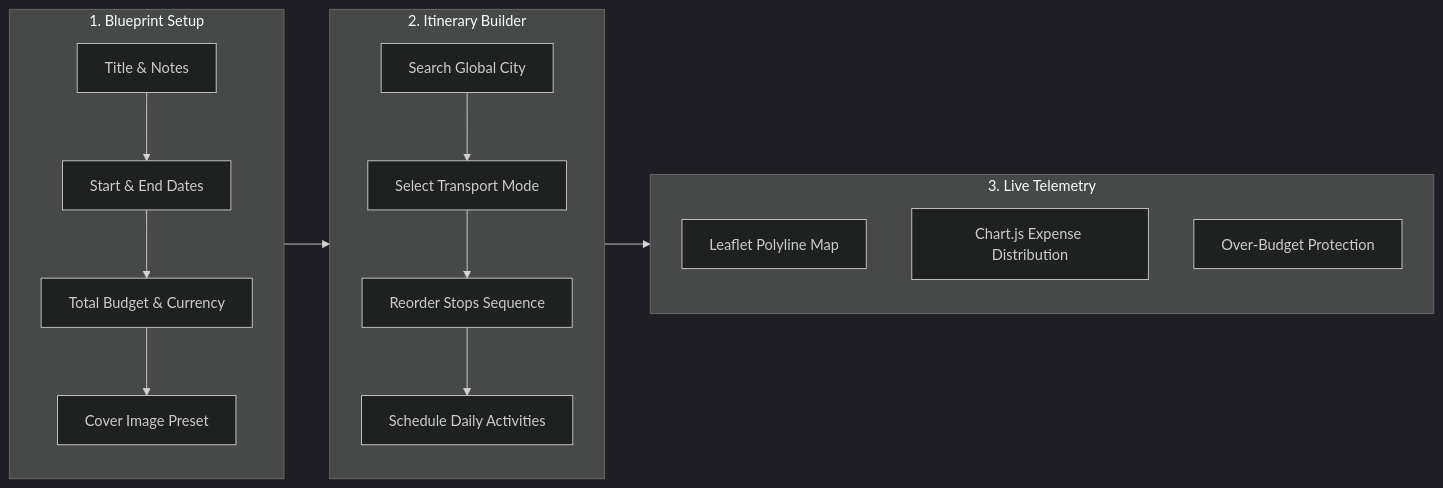
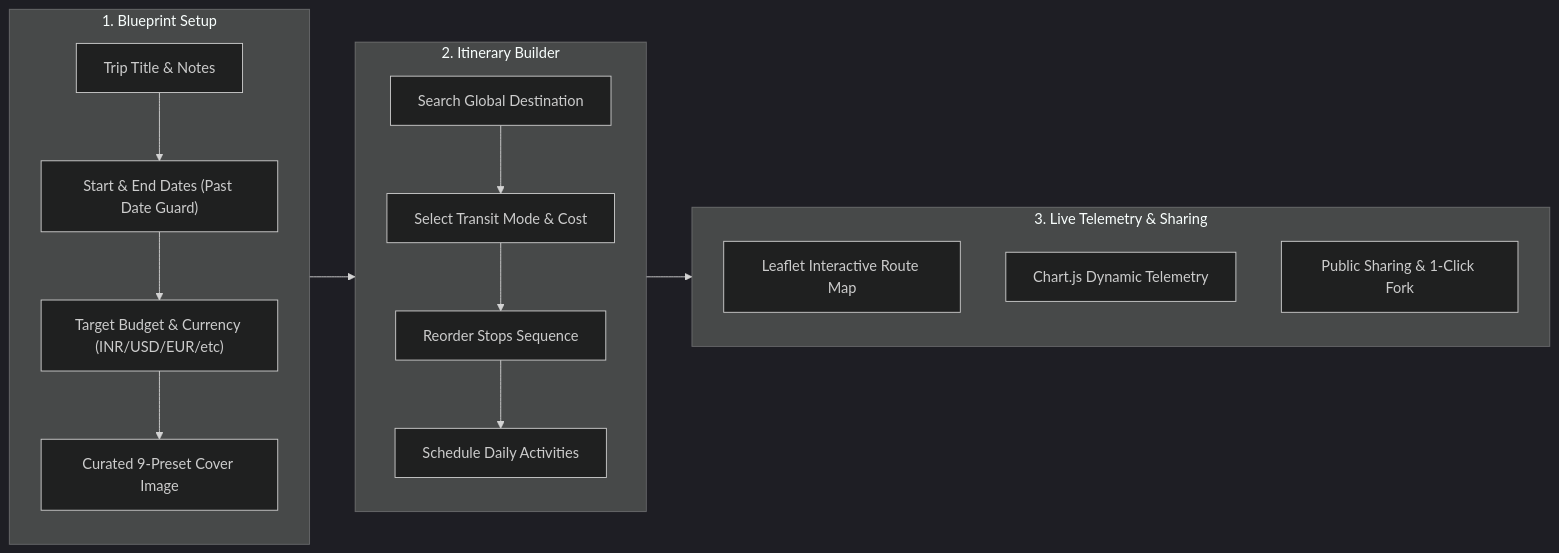
The second of 4 diagrams in README.md (anandK-S/GlobeTrotter), drawn with Mermaid (dark theme) before and after one commit. The commit also changed other lines of this file, not shown here.

Commit message:
docs: upgrade README with demo credentials, ER diagram, user journey flowcharts, Brevo 1-click verification architecture, and 14-screen matrix

````diff
--- a/README.md
+++ b/README.md
@@ -91,23 +109,23 @@
 ```mermaid
 flowchart LR
     subgraph Phase1["1. Blueprint Setup"]
-        A["Title & Notes"] --> B["Start & End Dates"]
-        B --> C["Total Budget & Currency"]
-        C --> D["Cover Image Preset"]
+        A["Trip Title & Notes"] --> B["Start & End Dates (Past Date Guard)"]
+        B --> C["Target Budget & Currency (INR/USD/EUR/etc)"]
+        C --> D["Curated 9-Preset Cover Image"]
     end
 
     subgraph Phase2["2. Itinerary Builder"]
-        E["Search Global City"] --> F["Select Transport Mode"]
+        E["Search Global Destination"] --> F["Select Transit Mode & Cost"]
         F --> G["Reorder Stops Sequence"]
         G --> H["Schedule Daily Activities"]
     end
 
-    subgraph Phase3["3. Live Telemetry"]
-        I["Leaflet Polyline Map"]
-        J["Chart.js Expense Distribution"]
-        K["Over-Budget Protection"]
+    subgraph Phase3["3. Live Telemetry & Sharing"]
+        I["Leaflet Interactive Route Map"]
+        J["Chart.js Dynamic Telemetry"]
+        K["Public Sharing & 1-Click Fork"]
     end
 
     Phase1 --> Phase2
     Phase2 --> Phase3
 ```
````
